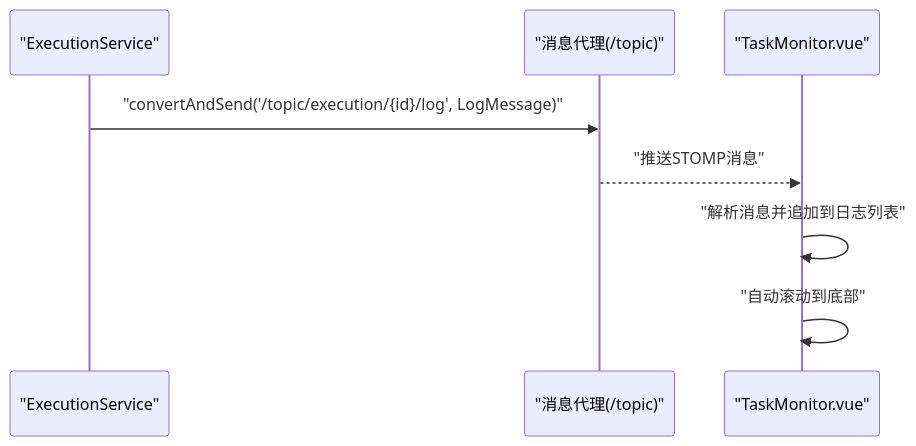
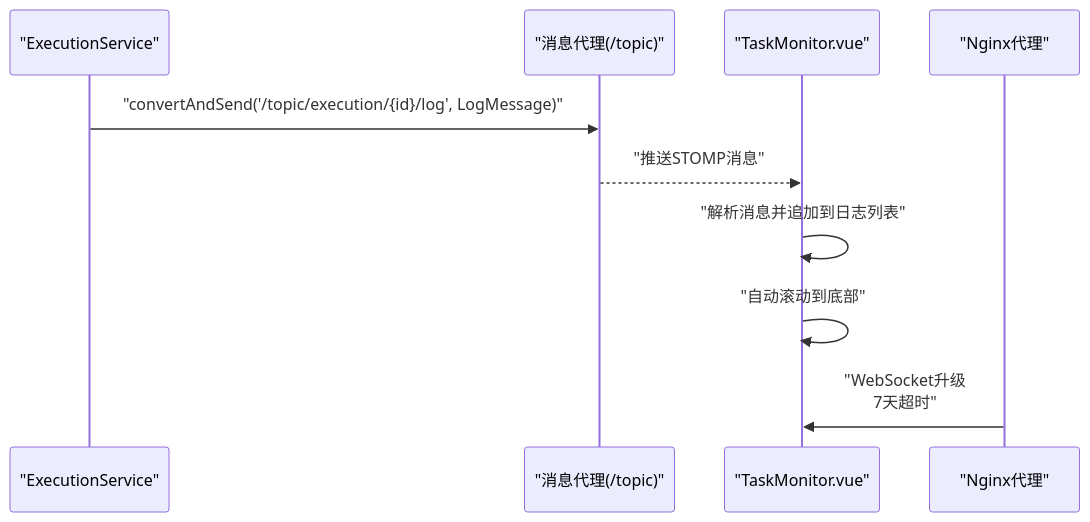
One commit to zzjxmy/mysql-risk-filed-check changed the second of 5 diagrams in .qoder/repowiki/zh/content/实时通信系统.md. Above: the diagram before and after it, drawn with Mermaid. The commit also changed other lines of this file and 2 other files, not shown here.

````diff
--- a/.qoder/repowiki/zh/content/实时通信系统.md
+++ b/.qoder/repowiki/zh/content/实时通信系统.md
@@ -75,10 +101,12 @@
 ```mermaid
 sequenceDiagram
 participant ExecSvc as "ExecutionService"
 participant Broker as "消息代理(/topic)"
 participant Front as "TaskMonitor.vue"
+participant Nginx as "Nginx代理"
 ExecSvc->>Broker : "convertAndSend('/topic/execution/{id}/log', LogMessage)"
 Broker-->>Front : "推送STOMP消息"
 Front->>Front : "解析消息并追加到日志列表"
 Front->>Front : "自动滚动到底部"
+Nginx->>Front : "WebSocket升级<br/>7天超时"
 ```
````
